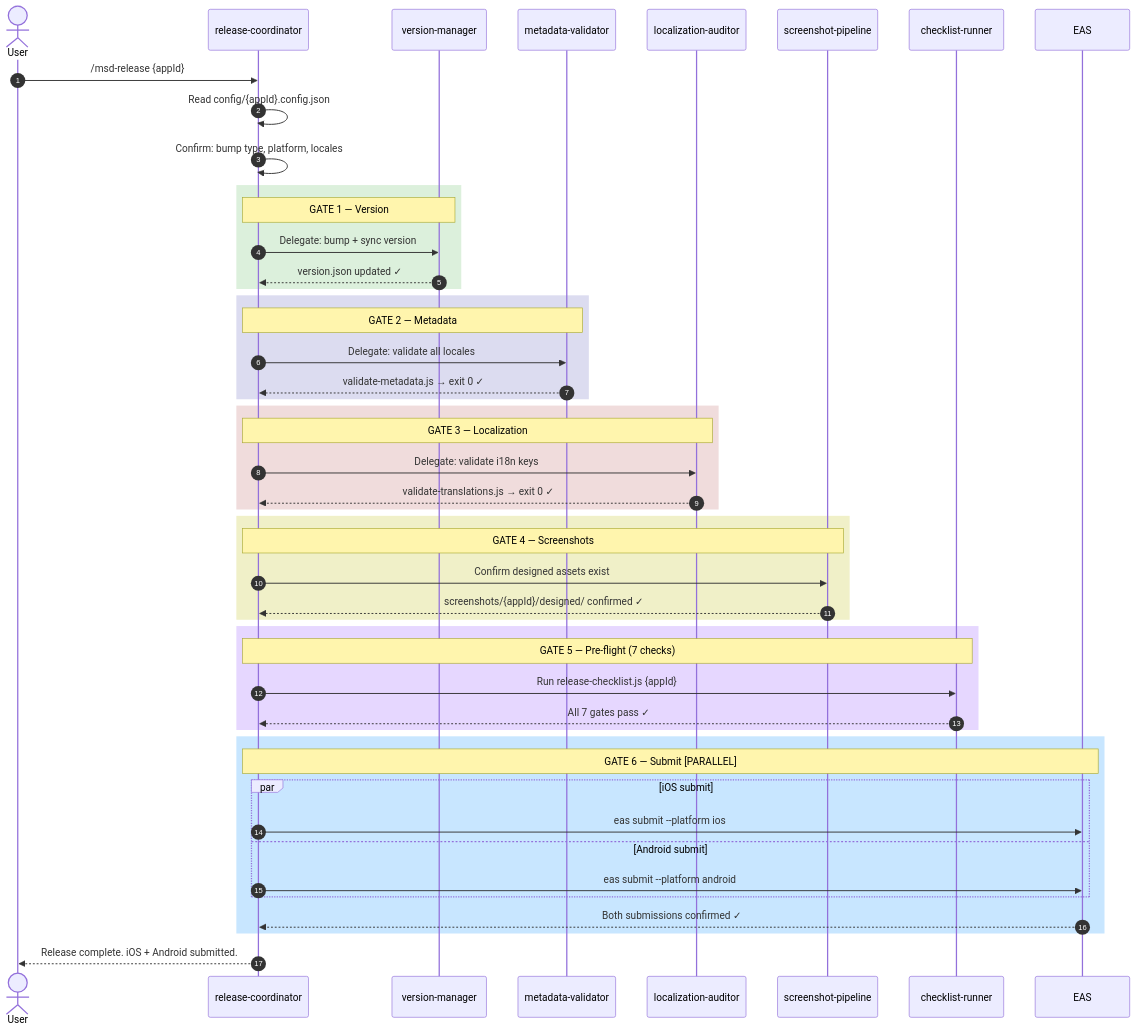
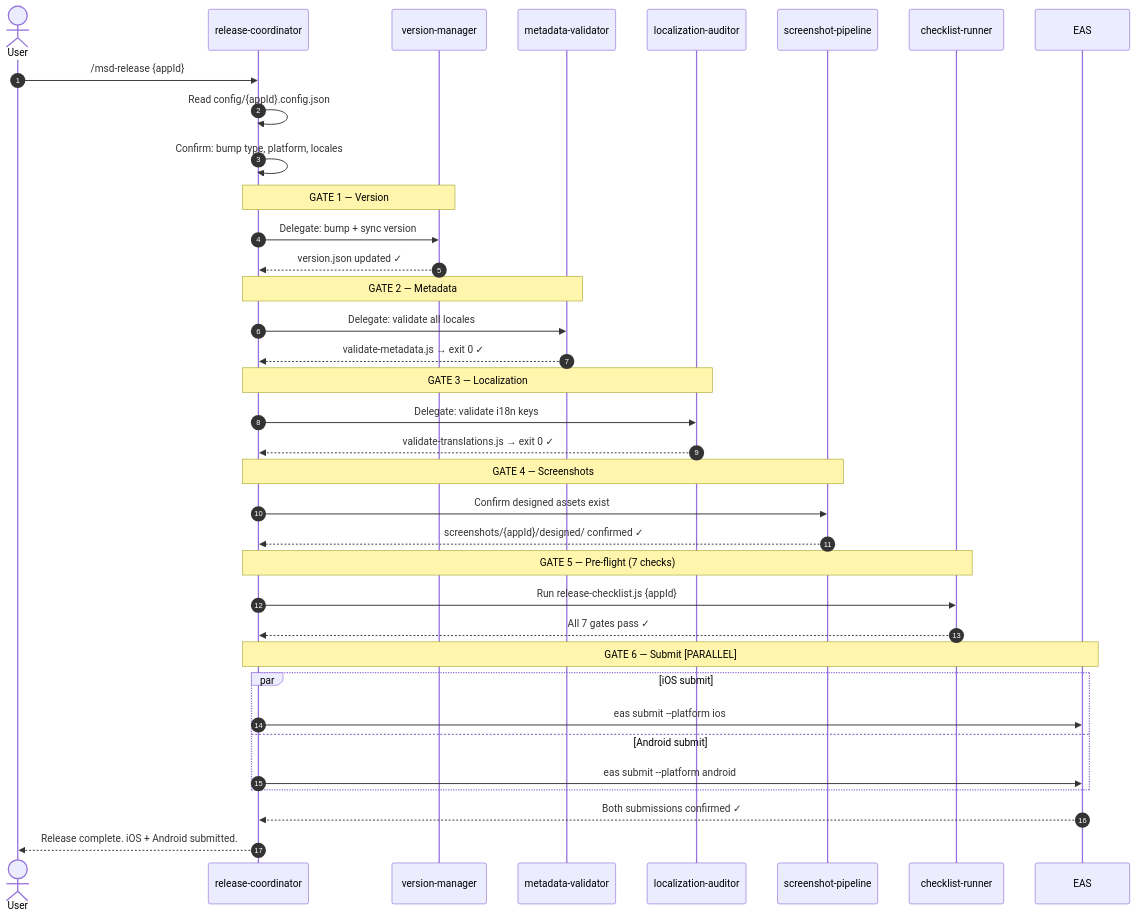
One commit to ofcskn/mobile-automation-plugin changed the second of 2 diagrams in README.md. Above: the diagram before and after it, drawn with Mermaid. The commit also changed other lines of this file and 1 other file, not shown here.

Commit message:
fix: correct install command format and remove mermaid color fills
- README: npx skills add requires owner/repo format — update to
  ofcskn/mobile-store-deploy and note repo rename requirement;
  update Claude Code plugin install to full URL form
- README + docs/CONCURRENCY.md: remove all rect rgb() and style fill:#
  declarations from mermaid diagrams — colored backgrounds render
  as opaque overlapping cards in GitHub dark mode

````diff
--- a/README.md
+++ b/README.md
@@ -222,58 +220,46 @@
 ```mermaid
 sequenceDiagram
     autonumber
     actor User
     participant RC as release-coordinator
     participant VM as version-manager
     participant MV as metadata-validator
     participant LA as localization-auditor
     participant SP as screenshot-pipeline
     participant CL as checklist-runner
     participant EAS
 
     User->>RC: /msd-release {appId}
     RC->>RC: Read config/{appId}.config.json
     RC->>RC: Confirm: bump type, platform, locales
 
-    rect rgb(220, 240, 220)
-        note over RC,VM: GATE 1 — Version
-        RC->>VM: Delegate: bump + sync version
-        VM-->>RC: version.json updated ✓
+    note over RC,VM: GATE 1 — Version
+    RC->>VM: Delegate: bump + sync version
+    VM-->>RC: version.json updated ✓
+
+    note over RC,MV: GATE 2 — Metadata
+    RC->>MV: Delegate: validate all locales
+    MV-->>RC: validate-metadata.js → exit 0 ✓
+
+    note over RC,LA: GATE 3 — Localization
+    RC->>LA: Delegate: validate i18n keys
+    LA-->>RC: validate-translations.js → exit 0 ✓
+
+    note over RC,SP: GATE 4 — Screenshots
+    RC->>SP: Confirm designed assets exist
+    SP-->>RC: screenshots/{appId}/designed/ confirmed ✓
+
+    note over RC,CL: GATE 5 — Pre-flight (7 checks)
+    RC->>CL: Run release-checklist.js {appId}
+    CL-->>RC: All 7 gates pass ✓
+
+    note over RC,EAS: GATE 6 — Submit [PARALLEL]
+    par iOS submit
+        RC->>EAS: eas submit --platform ios
+    and Android submit
+        RC->>EAS: eas submit --platform android
     end
-
-    rect rgb(220, 220, 240)
-        note over RC,MV: GATE 2 — Metadata
-        RC->>MV: Delegate: validate all locales
-        MV-->>RC: validate-metadata.js → exit 0 ✓
-    end
-
-    rect rgb(240, 220, 220)
-        note over RC,LA: GATE 3 — Localization
-        RC->>LA: Delegate: validate i18n keys
-        LA-->>RC: validate-translations.js → exit 0 ✓
-    end
-
-    rect rgb(240, 240, 200)
-        note over RC,SP: GATE 4 — Screenshots
-        RC->>SP: Confirm designed assets exist
-        SP-->>RC: screenshots/{appId}/designed/ confirmed ✓
-    end
-
-    rect rgb(230, 215, 255)
-        note over RC,CL: GATE 5 — Pre-flight (7 checks)
-        RC->>CL: Run release-checklist.js {appId}
-        CL-->>RC: All 7 gates pass ✓
-    end
-
-    rect rgb(200, 230, 255)
-        note over RC,EAS: GATE 6 — Submit [PARALLEL]
-        par iOS submit
-            RC->>EAS: eas submit --platform ios
-        and Android submit
-            RC->>EAS: eas submit --platform android
-        end
-        EAS-->>RC: Both submissions confirmed ✓
-    end
+    EAS-->>RC: Both submissions confirmed ✓
 
     RC-->>User: Release complete. iOS + Android submitted.
 ```
````
